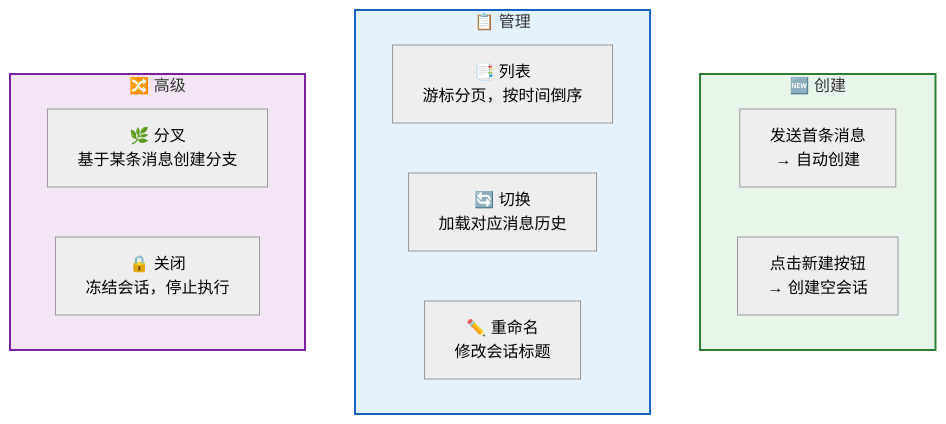
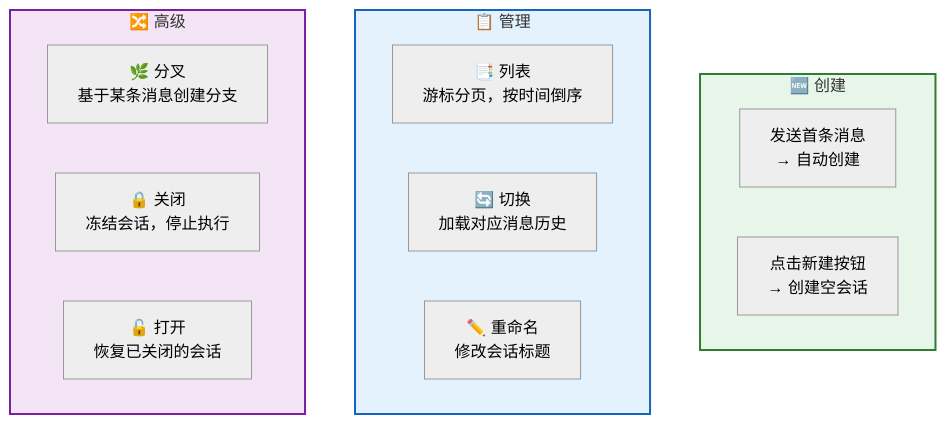
The second of 12 diagrams in src/content/docs/features/session.md (rtc-agent/docs), drawn with Mermaid (neutral theme) before and after one commit. The commit also changed other lines of this file and 19 other files, not shown here.

````diff
--- a/src/content/docs/features/session.md
+++ b/src/content/docs/features/session.md
@@ -41,22 +41,23 @@
 ```mermaid
 flowchart TD
     subgraph CREATE["🆕 创建"]
         C1["发送首条消息<br/>→ 自动创建"]
         C2["点击新建按钮<br/>→ 创建空会话"]
     end
 
     subgraph MANAGE["📋 管理"]
         M1["📑 列表<br/>游标分页，按时间倒序"]
         M2["🔄 切换<br/>加载对应消息历史"]
         M3["✏️ 重命名<br/>修改会话标题"]
     end
 
     subgraph ADVANCED["🔀 高级"]
         A1["🌿 分叉<br/>基于某条消息创建分支"]
         A2["🔒 关闭<br/>冻结会话，停止执行"]
+        A3["🔓 打开<br/>恢复已关闭的会话"]
     end
 
     style CREATE fill:#e8f5e9,stroke:#2e7d32,stroke-width:2px
     style MANAGE fill:#e3f2fd,stroke:#1565c0,stroke-width:2px
     style ADVANCED fill:#f3e5f5,stroke:#7b1fa2,stroke-width:2px
 ```
````
